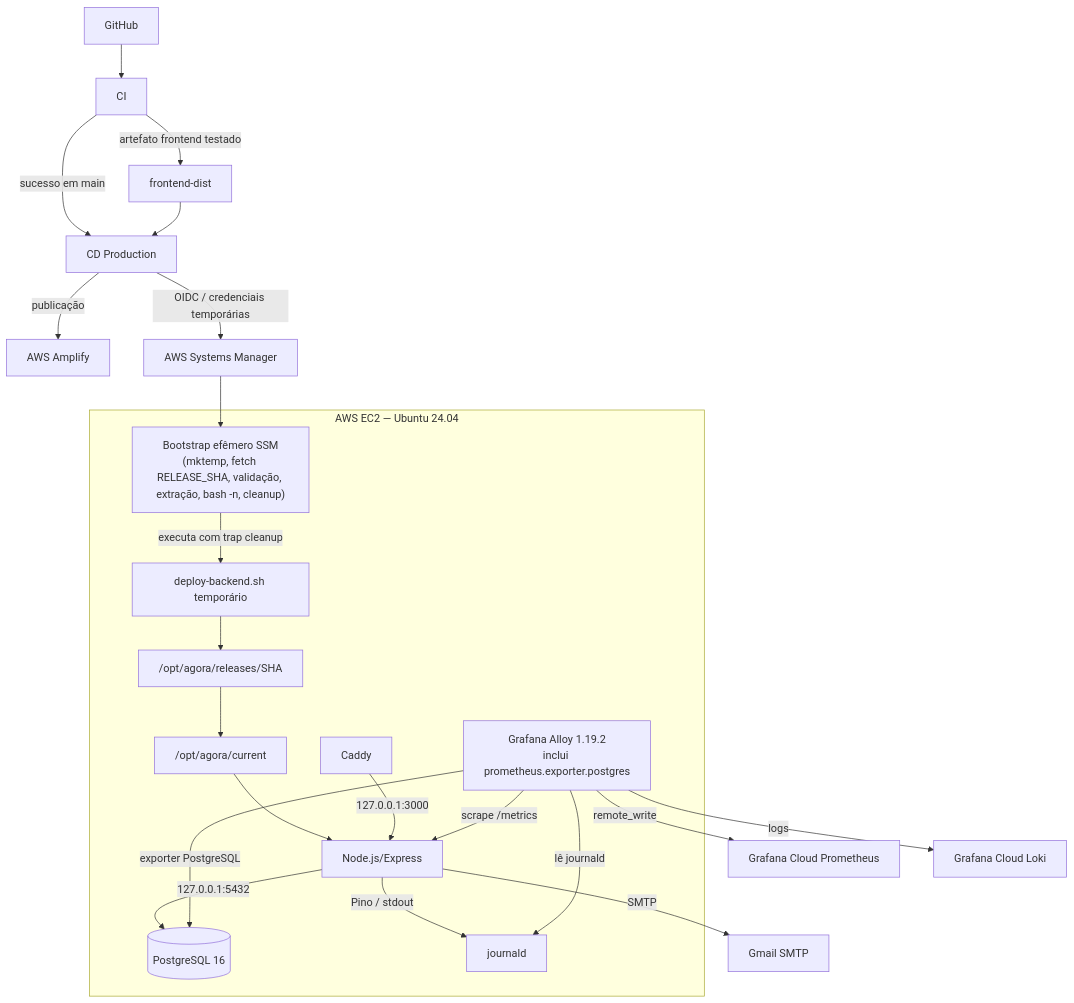
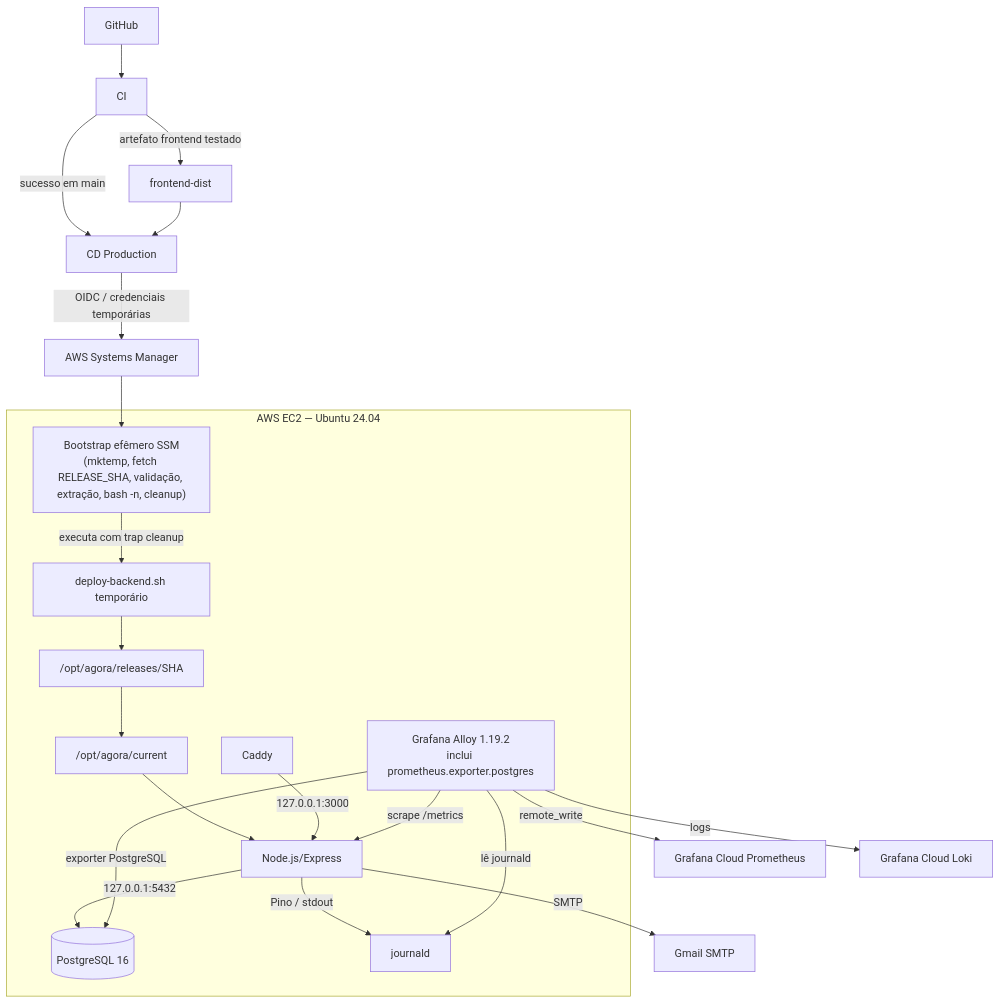
The third of 3 diagrams in docs/ARCHITECTURE.md (GeovaniaLuiza/agora-tech-park-fullstack), drawn with Mermaid before and after one commit. The commit also changed other lines of this file and 12 other files, not shown here.

Commit message:
docs: align production architecture with EC2 and Caddy

````diff
--- a/docs/ARCHITECTURE.md
+++ b/docs/ARCHITECTURE.md
@@ -46,35 +46,35 @@
 ```mermaid
 flowchart TB
     GH[GitHub] --> CI[CI]
     CI -->|sucesso em main| CD[CD Production]
     CI -->|artefato frontend testado| ART[frontend-dist]
     ART --> CD
-    CD -->|publicação| AMP[AWS Amplify]
+
     CD -->|OIDC / credenciais temporárias| SSM[AWS Systems Manager]
 
     subgraph EC2[AWS EC2 — Ubuntu 24.04]
         BOOTSTRAP["Bootstrap efêmero SSM<br/>(mktemp, fetch RELEASE_SHA, validação, extração, bash -n, cleanup)"]
         RUNTIME["deploy-backend.sh temporário"]
         RELEASES["/opt/agora/releases/SHA"]
         CURRENT["/opt/agora/current"]
         CADDY[Caddy]
         API[Node.js/Express]
         DB[(PostgreSQL 16)]
         JOURNAL[journald]
         ALLOY[Grafana Alloy 1.19.2<br/>inclui prometheus.exporter.postgres]
 
         BOOTSTRAP -->|executa com trap cleanup| RUNTIME
         RUNTIME --> RELEASES --> CURRENT --> API
         CADDY -->|127.0.0.1:3000| API
         API -->|127.0.0.1:5432| DB
         ALLOY -->|scrape /metrics| API
         API -->|Pino / stdout| JOURNAL
         ALLOY -->|lê journald| JOURNAL
         ALLOY -->|exporter PostgreSQL| DB
     end
 
     SSM --> BOOTSTRAP
     API -->|SMTP| GMAIL[Gmail SMTP]
     ALLOY -->|remote_write| PROM[Grafana Cloud Prometheus]
     ALLOY -->|logs| LOKI[Grafana Cloud Loki]
 ```
````
